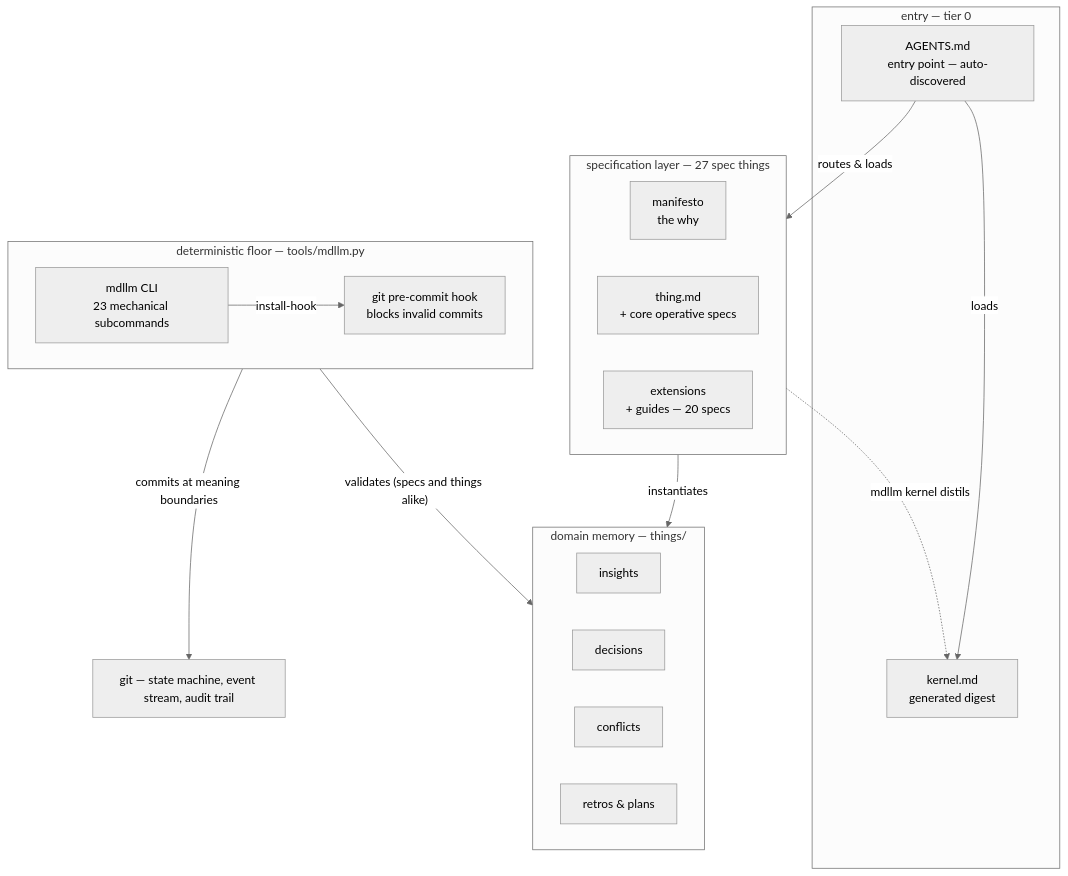
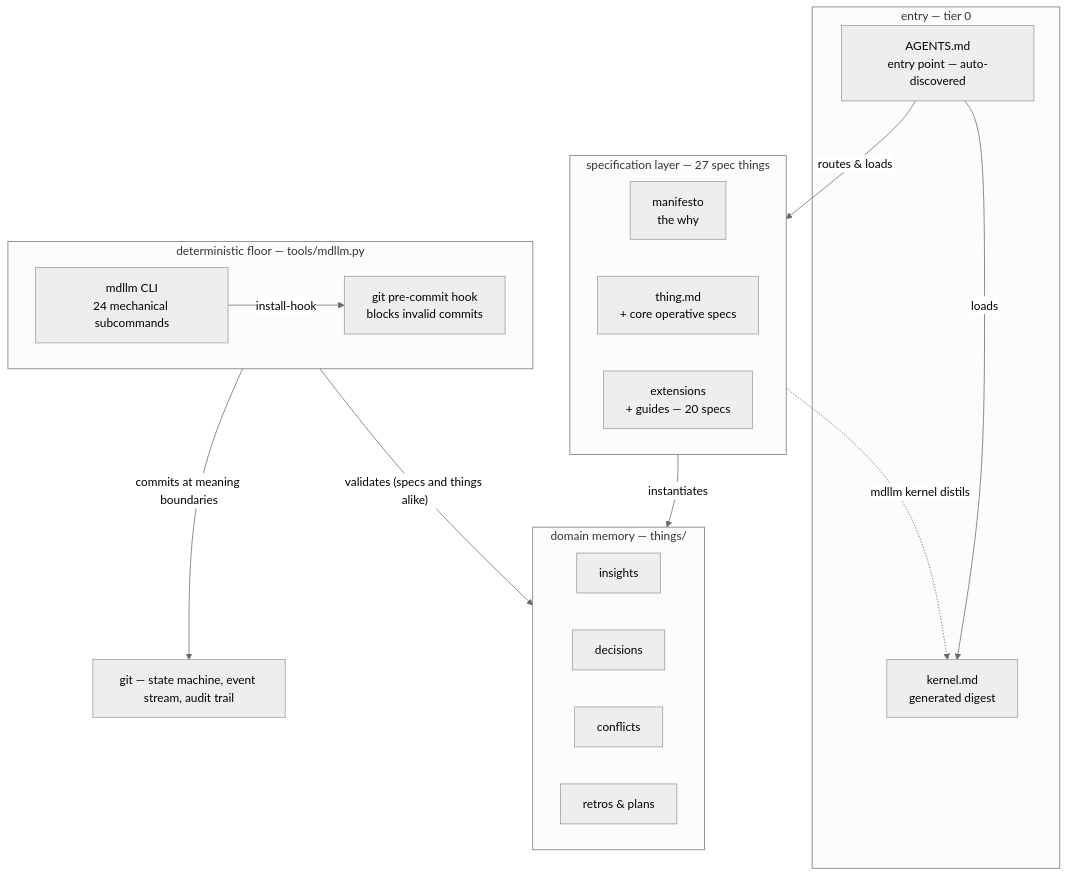
The first of 4 diagrams in docs/framework-map.md (JanoshMoshiri/MarkdownLLM), drawn with Mermaid (neutral theme) before and after one commit. The commit also changed other lines of this file and 10 other files, not shown here.

````diff
--- a/docs/framework-map.md
+++ b/docs/framework-map.md
@@ -54,31 +54,31 @@
 ```mermaid
 flowchart TD
     subgraph entry ["entry — tier 0"]
         AGENTS["AGENTS.md<br/>entry point — auto-discovered"]
         KERNEL["kernel.md<br/>generated digest"]
     end
     subgraph specs ["specification layer — 27 spec things"]
         MANIFESTO["manifesto<br/>the why"]
         THING["thing.md<br/>+ core operative specs"]
         EXT["extensions<br/>+ guides — 20 specs"]
     end
     subgraph memory ["domain memory — things/"]
         INSIGHTS["insights"]
         DECISIONS["decisions"]
         CONFLICTS["conflicts"]
         RETROS["retros & plans"]
     end
     subgraph floor ["deterministic floor — tools/mdllm.py"]
-        MDLLM["mdllm CLI<br/>23 mechanical subcommands"]
+        MDLLM["mdllm CLI<br/>24 mechanical subcommands"]
         HOOK["git pre-commit hook<br/>blocks invalid commits"]
     end
     GIT["git — state machine, event stream, audit trail"]
 
     AGENTS -->|loads| KERNEL
     AGENTS -->|routes & loads| specs
     specs -.->|"mdllm kernel distils"| KERNEL
     specs -->|instantiates| memory
     MDLLM -->|install-hook| HOOK
     floor -->|"validates (specs and things alike)"| memory
     floor -->|commits at meaning boundaries| GIT
 ```
````
